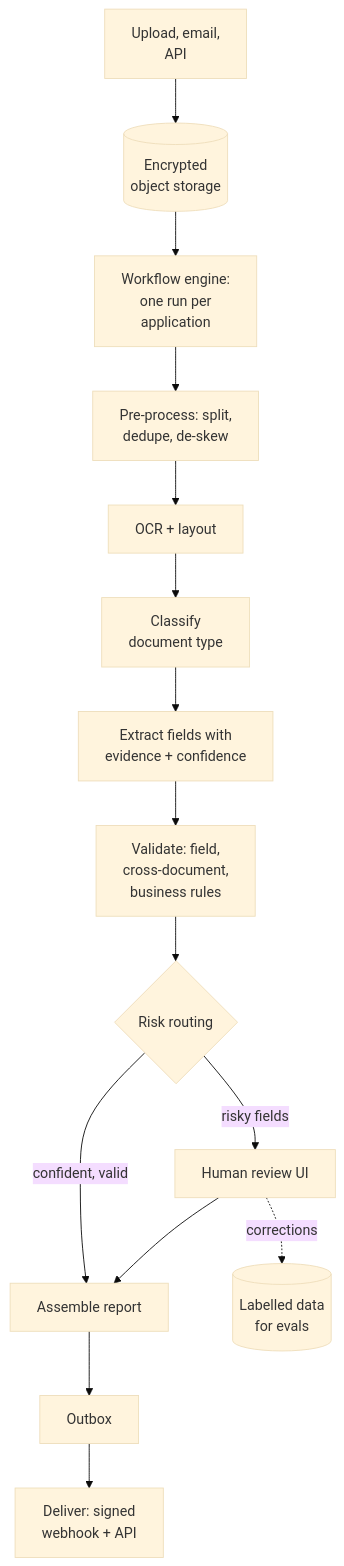
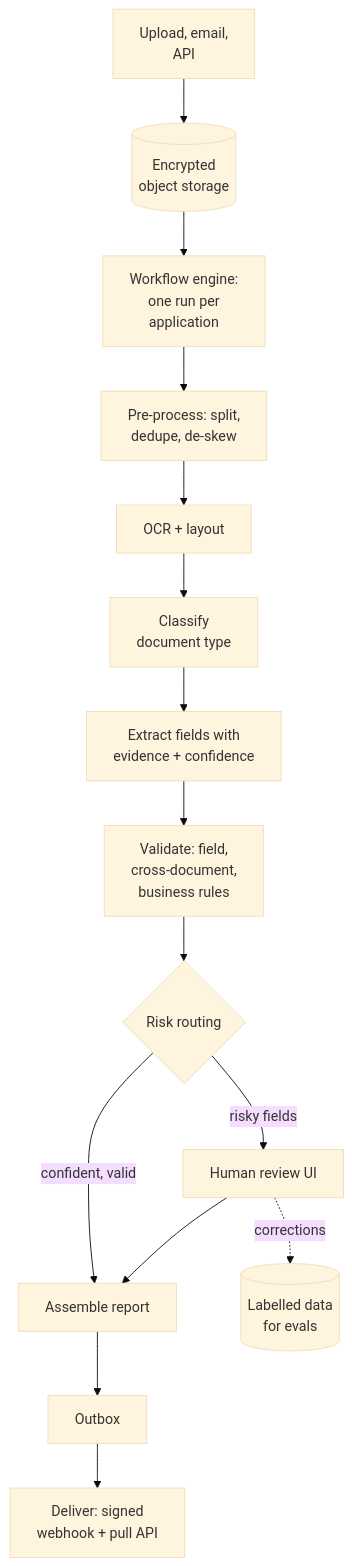
The first of 3 diagrams in src/Data/aiStackDocs/DP-08.md (shubamchaudhary/CodeNITW), drawn with Mermaid (base theme) before and after one commit. The commit also changed other lines of this file and 19 other files, not shown here.

````diff
--- a/src/Data/aiStackDocs/DP-08.md
+++ b/src/Data/aiStackDocs/DP-08.md
@@ -31,17 +47,17 @@
 ```mermaid
 flowchart TD
     IN["Upload, email,<br/>API"] --> ST[("Encrypted<br/>object storage")]
     ST --> WF["Workflow engine:<br/>one run per<br/>application"]
     WF --> PP["Pre-process: split,<br/>dedupe, de-skew"]
     PP --> OC["OCR + layout"]
     OC --> CL["Classify<br/>document type"]
     CL --> EX["Extract fields with<br/>evidence + confidence"]
     EX --> VA["Validate: field,<br/>cross-document,<br/>business rules"]
     VA --> RT{"Risk routing"}
     RT -->|"confident, valid"| RP["Assemble report"]
     RT -->|"risky fields"| HR["Human review UI"]
     HR --> RP
     RP --> OB["Outbox"]
-    OB --> DV["Deliver: signed<br/>webhook + API"]
+    OB --> DV["Deliver: signed<br/>webhook + pull API"]
     HR -.->|"corrections"| LB[("Labelled data<br/>for evals")]
 ```
````
